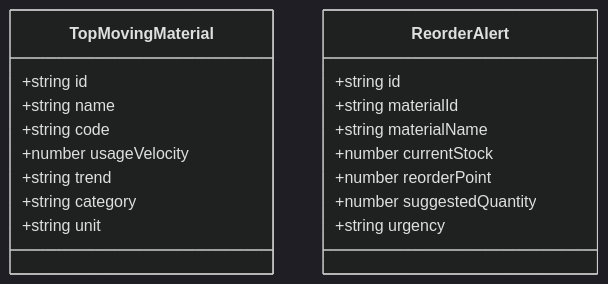
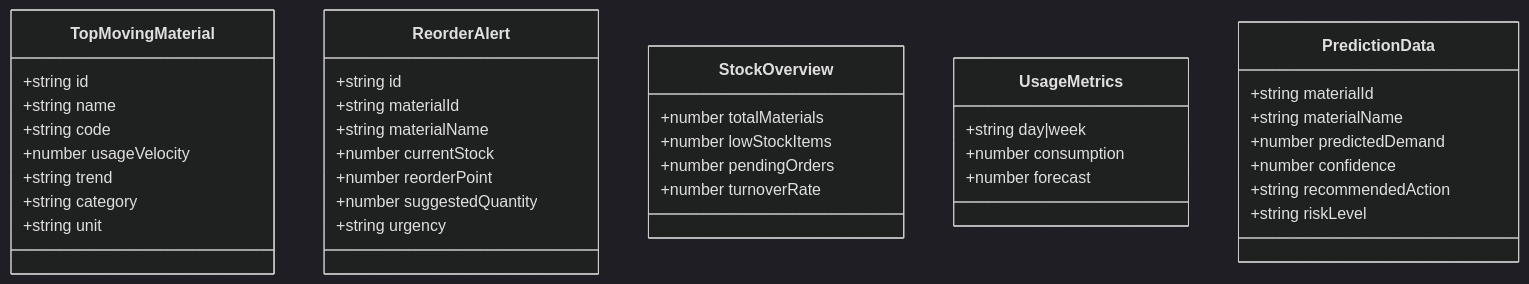
The fourth of 4 diagrams in .qoder/repowiki/en/content/Core Features/Inventory Management.md (cacamarica/dashboard-ai), drawn with Mermaid (dark theme) before and after one commit. The commit also changed other lines of this file and 14 other files, not shown here.

````diff
--- a/.qoder/repowiki/en/content/Core Features/Inventory Management.md
+++ b/.qoder/repowiki/en/content/Core Features/Inventory Management.md
@@ -413,21 +550,40 @@
 ```mermaid
 classDiagram
 class TopMovingMaterial {
 +string id
 +string name
 +string code
 +number usageVelocity
 +string trend
 +string category
 +string unit
 }
 class ReorderAlert {
 +string id
 +string materialId
 +string materialName
 +number currentStock
 +number reorderPoint
 +number suggestedQuantity
 +string urgency
 }
+class StockOverview {
++number totalMaterials
++number lowStockItems
++number pendingOrders
++number turnoverRate
+}
+class UsageMetrics {
++string day|week
++number consumption
++number forecast
+}
+class PredictionData {
++string materialId
++string materialName
++number predictedDemand
++number confidence
++string recommendedAction
++string riskLevel
+}
 ```
````
